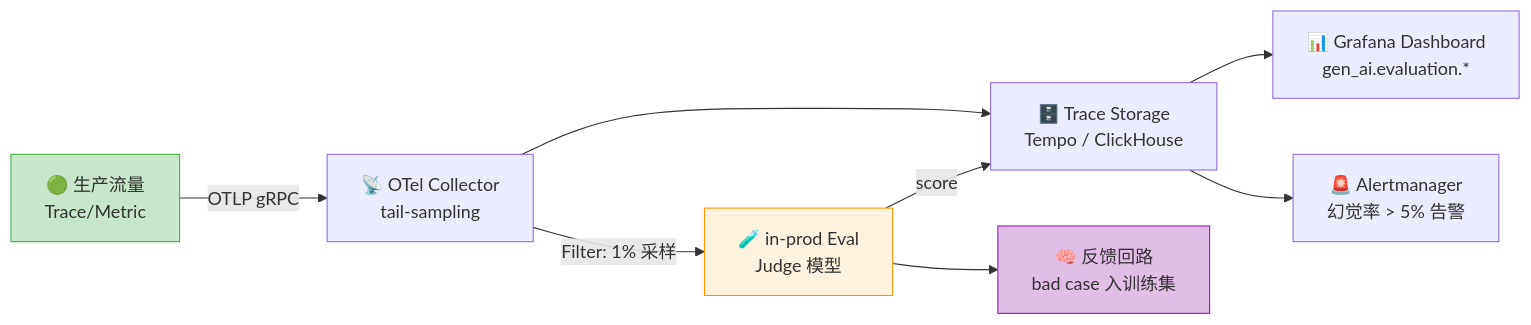
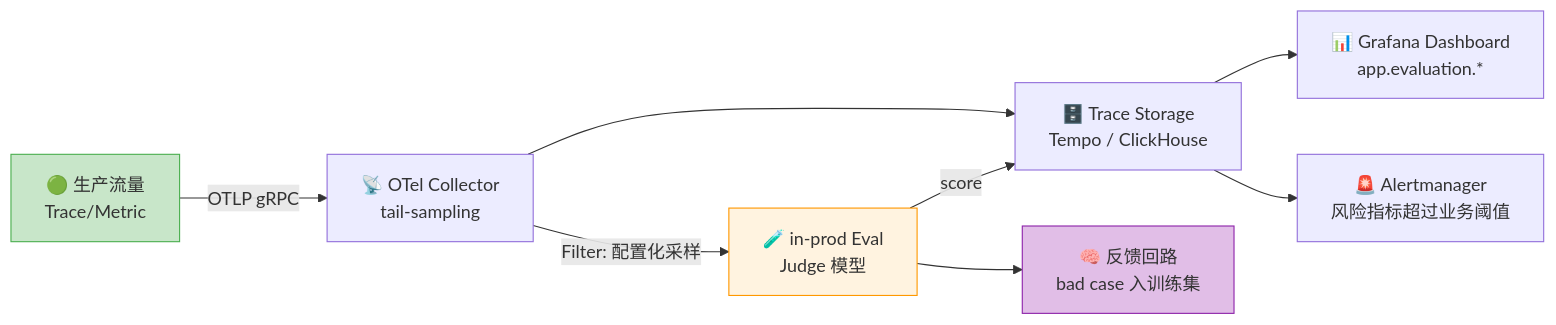
Before and after one commit to BeefWrap4/LLM-Knowledge-Base: the tenth of 11 diagrams in 20_LLMOps与模型可观测性.md, drawn with Mermaid. The commit also changed other lines of this file and 454 other files, not shown here.

````diff
--- a/20_LLMOps与模型可观测性.md
+++ b/20_LLMOps与模型可观测性.md
@@ -3218,14 +2947,14 @@
 ```mermaid
 flowchart LR
     PROD["🟢 生产流量<br/>Trace/Metric"] -->|OTLP gRPC| COL["📡 OTel Collector<br/>tail-sampling"]
-    COL -->|Filter: 1% 采样| EVAL["🧪 in-prod Eval<br/>Judge 模型"]
+    COL -->|Filter: 配置化采样| EVAL["🧪 in-prod Eval<br/>Judge 模型"]
     COL --> STORE["🗄️ Trace Storage<br/>Tempo / ClickHouse"]
     EVAL -->|score| STORE
-    STORE --> DASH["📊 Grafana Dashboard<br/>gen_ai.evaluation.*"]
-    STORE --> ALERT["🚨 Alertmanager<br/>幻觉率 > 5% 告警"]
+    STORE --> DASH["📊 Grafana Dashboard<br/>app.evaluation.*"]
+    STORE --> ALERT["🚨 Alertmanager<br/>风险指标超过业务阈值"]
     EVAL --> FB["🧠 反馈回路<br/>bad case 入训练集"]
     
     style PROD fill:#c8e6c9,stroke:#4caf50
     style EVAL fill:#fff3e0,stroke:#ff9800
     style FB fill:#e1bee7,stroke:#8e24aa
 ```
````
